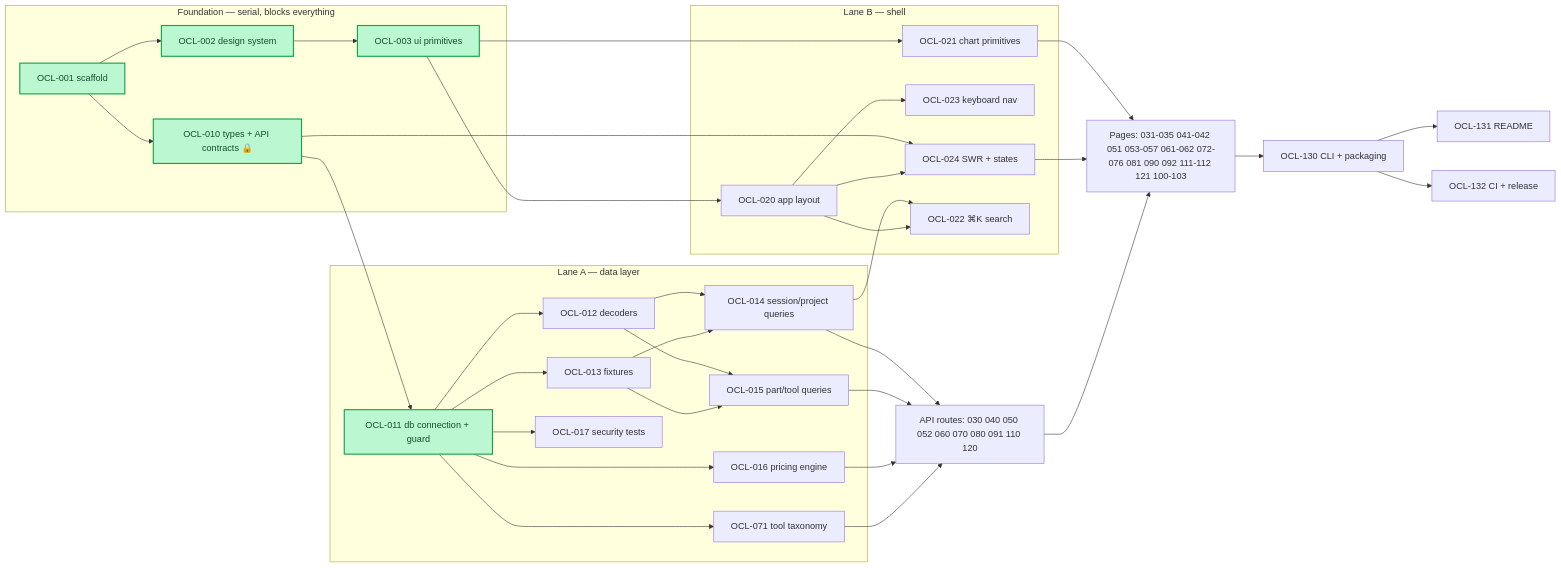
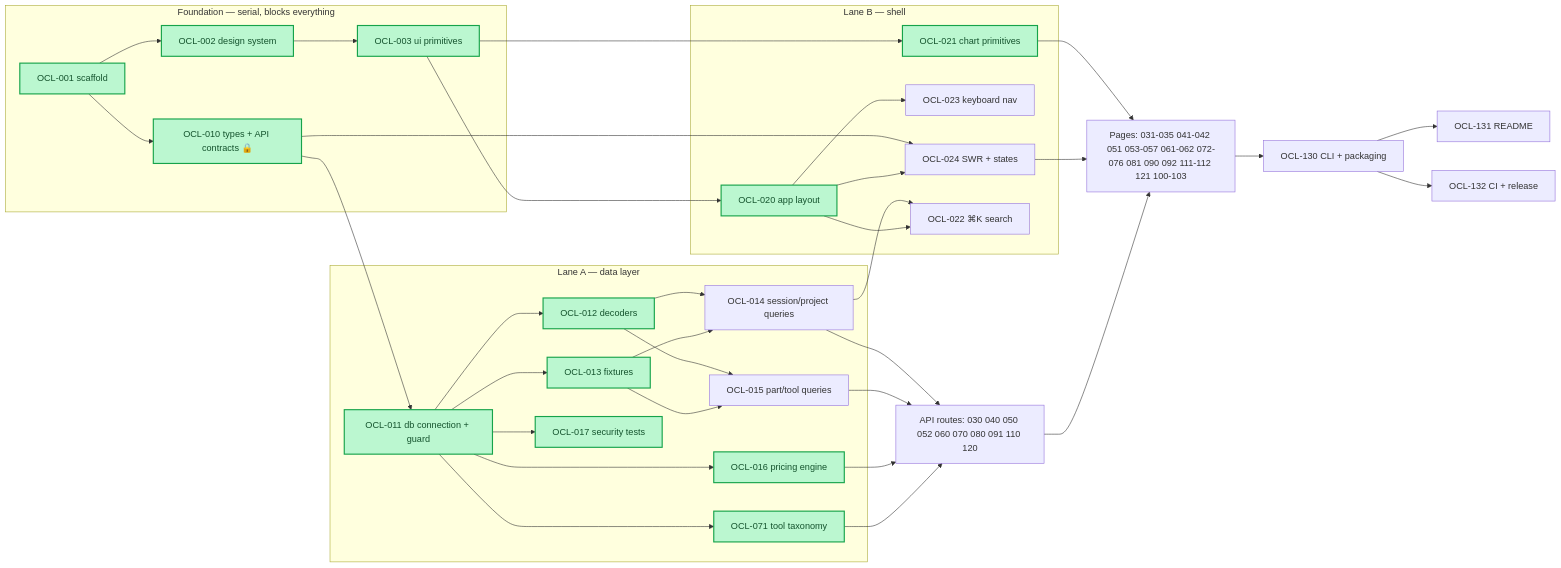
One commit to ibrahimkobeissy/oc-lens changed the diagram in project-docs/backlog.md. Above: the diagram before and after it, drawn with Mermaid.

Commit message:
docs: mark W3 tickets done in backlog dependency graph
OCL-012, 013, 016, 017, 020, 021, 071 merged.

````diff
--- a/project-docs/backlog.md
+++ b/project-docs/backlog.md
@@ -81,45 +81,45 @@
 ```mermaid
 graph LR
   subgraph F["Foundation — serial, blocks everything"]
     T001["OCL-001 scaffold"] --> T002["OCL-002 design system"]
     T002 --> T003["OCL-003 ui primitives"]
     T001 --> T010["OCL-010 types + API contracts 🔒"]
   end
 
   subgraph DL["Lane A — data layer"]
     T010 --> T011["OCL-011 db connection + guard"]
     T011 --> T012["OCL-012 decoders"]
     T011 --> T013["OCL-013 fixtures"]
     T012 --> T014["OCL-014 session/project queries"]
     T013 --> T014
     T012 --> T015["OCL-015 part/tool queries"]
     T013 --> T015
     T011 --> T016["OCL-016 pricing engine"]
     T011 --> T017["OCL-017 security tests"]
     T011 --> T071["OCL-071 tool taxonomy"]
   end
 
   subgraph SH["Lane B — shell"]
     T003 --> T020["OCL-020 app layout"]
     T003 --> T021["OCL-021 chart primitives"]
     T020 --> T023["OCL-023 keyboard nav"]
     T010 --> T024["OCL-024 SWR + states"]
     T020 --> T024
     T014 --> T022["OCL-022 ⌘K search"]
     T020 --> T022
   end
 
   T014 --> API["API routes: 030 040 050 052 060 070 080 091 110 120"]
   T015 --> API
   T016 --> API
   T021 --> PAGES["Pages: 031-035 041-042 051 053-057 061-062 072-076 081 090 092 111-112 121 100-103"]
   T024 --> PAGES
   API --> PAGES
   T071 --> API
   PAGES --> T130["OCL-130 CLI + packaging"]
   T130 --> T131["OCL-131 README"]
   T130 --> T132["OCL-132 CI + release"]
 
   classDef done fill:#bbf7d0,stroke:#16a34a,stroke-width:2px,color:#14532d;
-  class T001,T002,T003,T010,T011 done;
+  class T001,T002,T003,T010,T011,T012,T013,T016,T017,T020,T021,T071 done;
 ```
````
